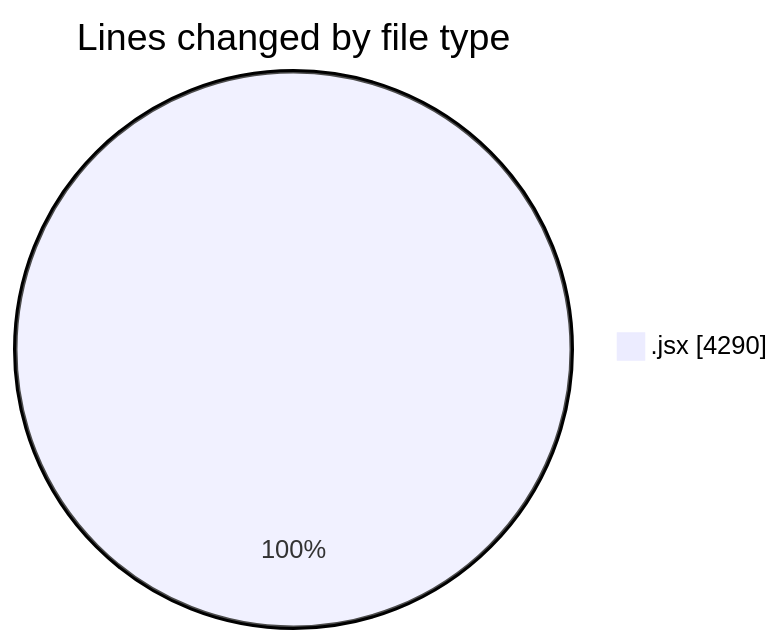
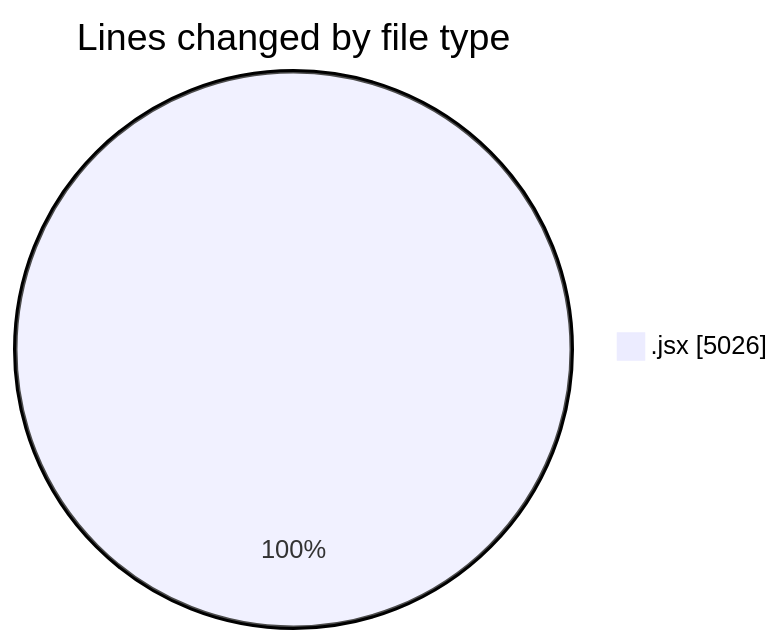
Before and after one commit to nxtqubesakshisongat/code-tracking: the first of 2 diagrams in 2025-05-14/argos-dev/README.md, drawn with Mermaid. The commit also changed other lines of this file and 1 other file, not shown here.

````diff
--- a/2025-05-14/argos-dev/README.md
+++ b/2025-05-14/argos-dev/README.md
@@ -26,5 +27,5 @@
 ```mermaid
 pie showData
 title Lines changed by file type
-".jsx" : 4290
+".jsx" : 5026
 ```
````
